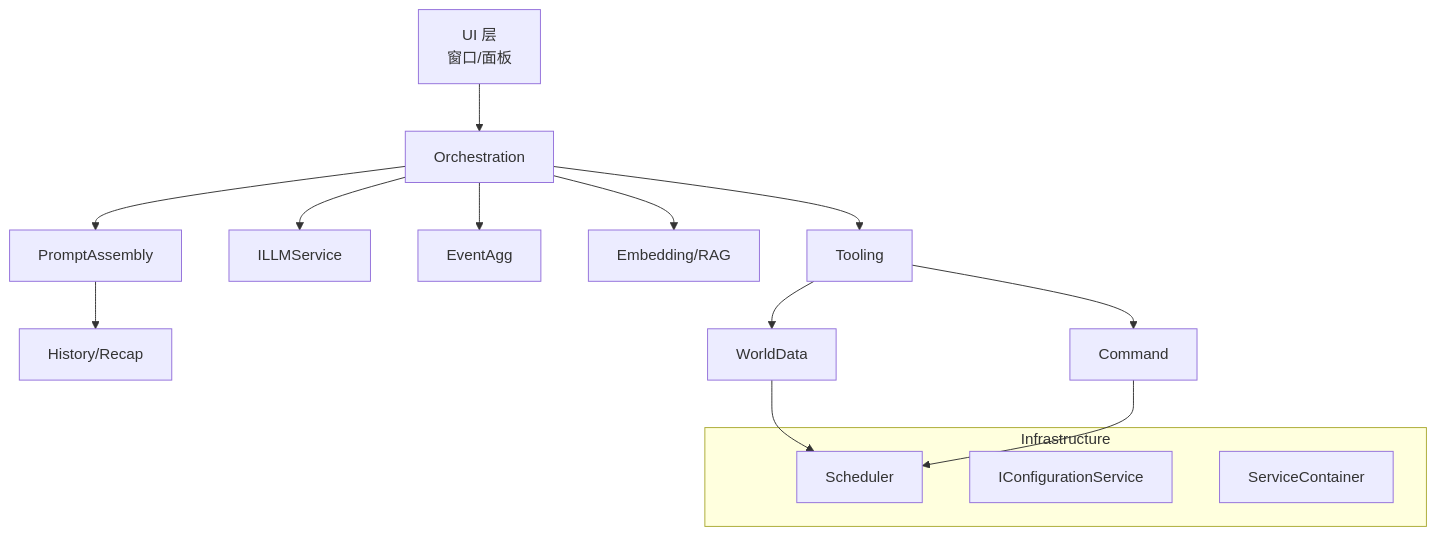
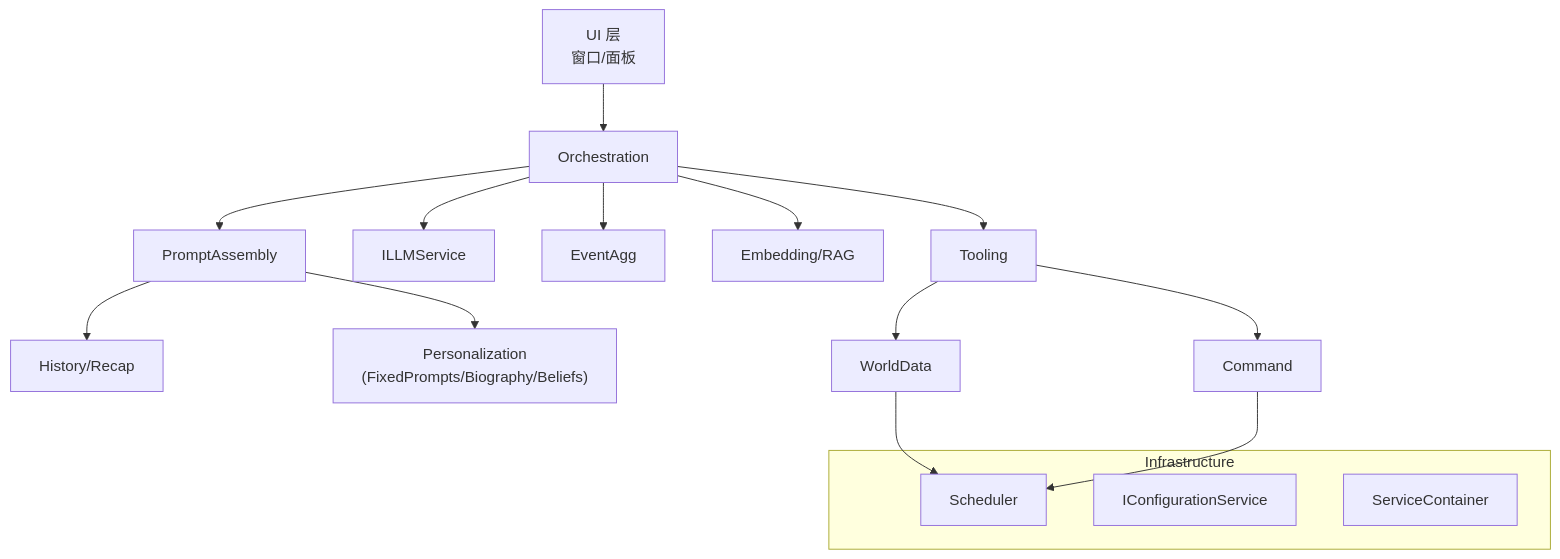
One commit to oidahdsah0/Rimworld_AI_Core changed the diagram in docs/ARCHITECTURE_V4.md. Above: the diagram before and after it, drawn with Mermaid. The commit also changed other lines of this file and 12 other files, not shown here.

````diff
--- a/docs/ARCHITECTURE_V4.md
+++ b/docs/ARCHITECTURE_V4.md
@@ -60,21 +61,22 @@
 ```mermaid
 graph TD
     UI["UI 层\n窗口/面板"] --> Orchestration
     Orchestration --> Tooling
     Orchestration --> LLM["ILLMService"]
     Orchestration --> EventAgg
     Orchestration --> Emb["Embedding/RAG"]
     Orchestration --> PromptAsm["PromptAssembly"]
     PromptAsm --> History["History/Recap"]
+    PromptAsm --> Perso["Personalization\n(FixedPrompts/Biography/Beliefs)"]
     Tooling --> WorldData
     Tooling --> Command
     WorldData --> Scheduler
     Command --> Scheduler
     %% 缓存已下沉到 Framework，Core 不再持有缓存
     subgraph Infrastructure
         Scheduler
         %% Cache
         Config[IConfigurationService]
         DI[ServiceContainer]
     end
 ```
````
